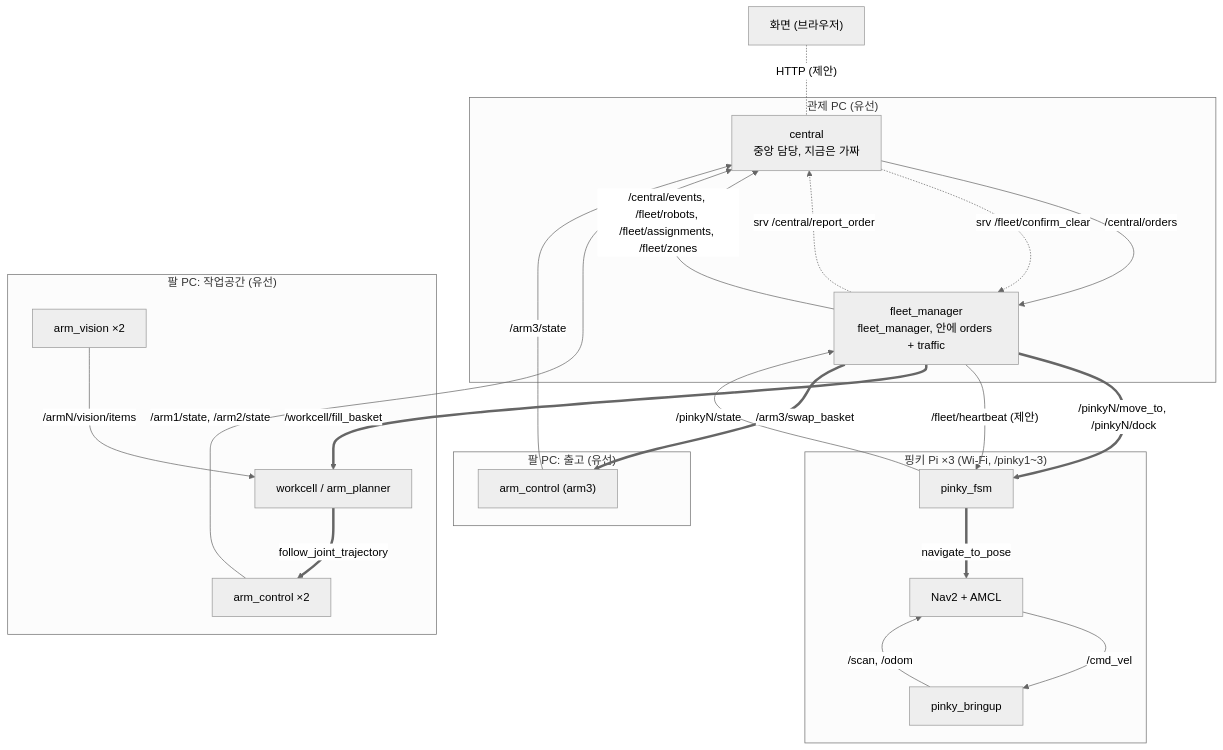
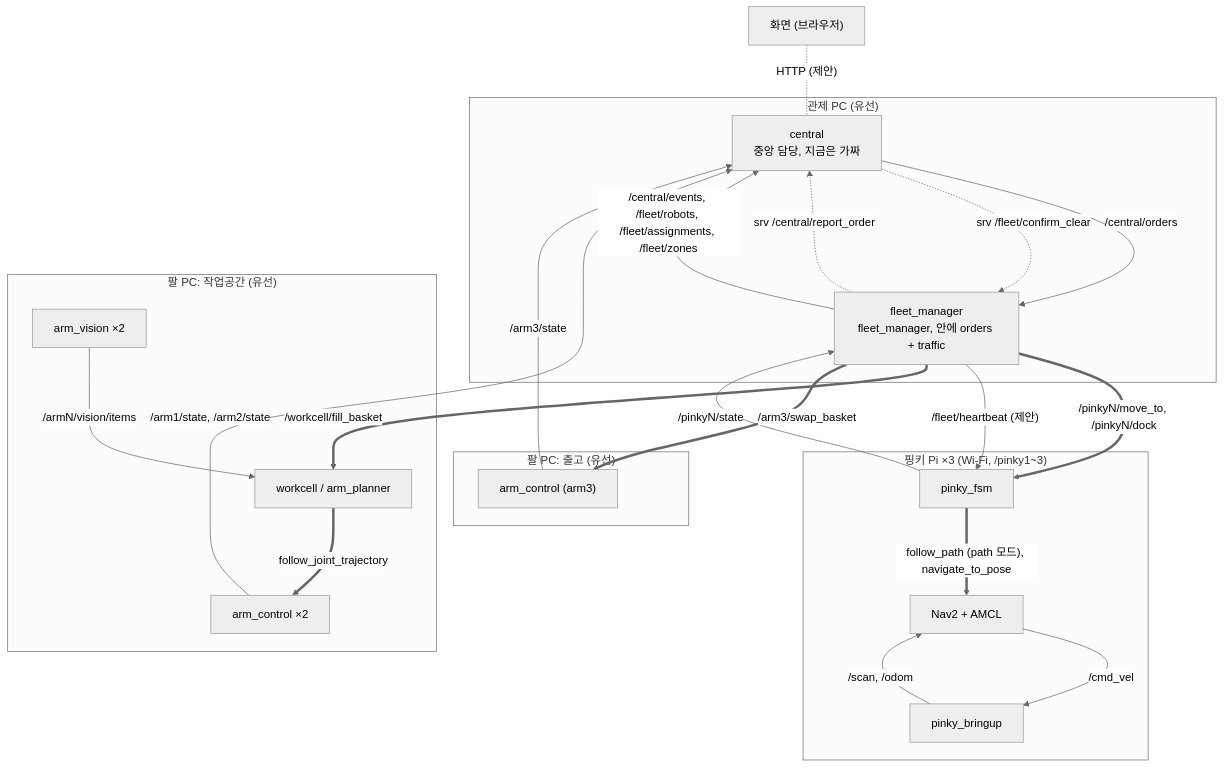
One commit to PJW-1/roscamp-freefloor changed the second of 2 diagrams in README.md. Above: the diagram before and after it, drawn with Mermaid (neutral theme). The commit also changed other lines of this file and 3 other files, not shown here.

````diff
--- a/README.md
+++ b/README.md
@@ -74,38 +78,38 @@
 ```mermaid
 flowchart TB
   web["화면 (브라우저)"]
   subgraph pcbox["관제 PC (유선)"]
     central["central<br/>중앙 담당, 지금은 가짜"]
     fm["fleet_manager<br/>fleet_manager, 안에 orders + traffic"]
   end
   subgraph pinky["핑키 Pi ×3 (Wi-Fi, /pinky1~3)"]
     fsm["pinky_fsm"]
     nav["Nav2 + AMCL"]
     bring["pinky_bringup"]
   end
   subgraph armw["팔 PC: 작업공간 (유선)"]
     wc["workcell / arm_planner"]
     ac["arm_control ×2"]
     av["arm_vision ×2"]
   end
   subgraph armo["팔 PC: 출고 (유선)"]
     a3["arm_control (arm3)"]
   end
   web -. "HTTP (제안)" .- central
   central -- "/central/orders" --> fm
   fm -. "srv /central/report_order" .-> central
   fm -- "/central/events, /fleet/robots, /fleet/assignments, /fleet/zones" --> central
   central -. "srv /fleet/confirm_clear" .-> fm
   fm == "/pinkyN/move_to, /pinkyN/dock" ==> fsm
   fm -- "/fleet/heartbeat (제안)" --> fsm
   fsm -- "/pinkyN/state" --> fm
-  fsm == "navigate_to_pose" ==> nav
+  fsm == "follow_path (path 모드), navigate_to_pose" ==> nav
   nav -- "/cmd_vel" --> bring
   bring -- "/scan, /odom" --> nav
   fm == "/workcell/fill_basket" ==> wc
   fm == "/arm3/swap_basket" ==> a3
   av -- "/armN/vision/items" --> wc
   wc == "follow_joint_trajectory" ==> ac
   ac -- "/arm1/state, /arm2/state" --> central
   a3 -- "/arm3/state" --> central
 ```
````
